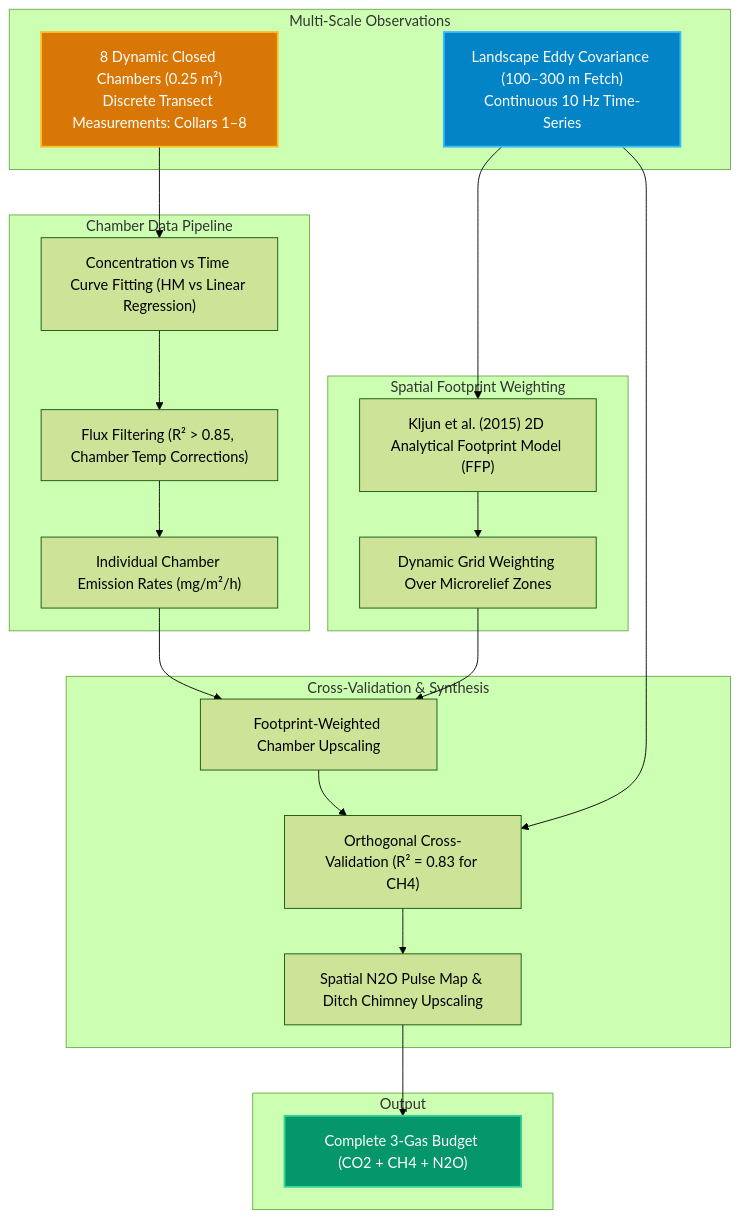
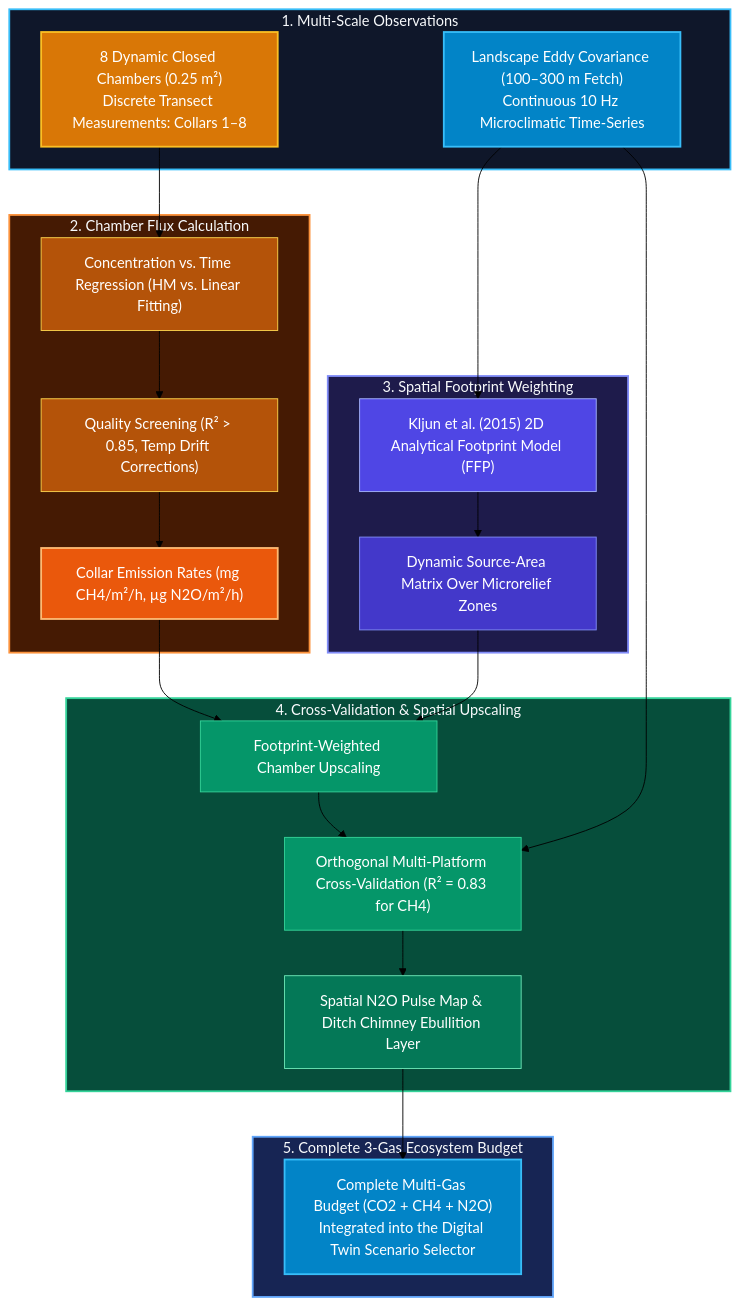
Before and after one commit to danisantanderurrutia-coder/wetland-monitor: the diagram in scripts_hub/mermaid/03_chamber_eddy_integration_pipeline.md, drawn with Mermaid (forest theme). The commit also changed other lines of this file and 11 other files, not shown here.

Commit message:
feat(hub): add twin architecture and data ingestion pipelines, RStudio syntax highlighting, and enhanced Mermaid diagrams

````diff
--- a/scripts_hub/mermaid/03_chamber_eddy_integration_pipeline.md
+++ b/scripts_hub/mermaid/03_chamber_eddy_integration_pipeline.md
@@ -5,32 +5,46 @@
 ```mermaid
 flowchart TD
-    subgraph Multi-Scale Observations
-        EC_Footprint["Landscape Eddy Covariance (100–300 m Fetch)\nContinuous 10 Hz Time-Series"]
+    subgraph Multi_Scale_Sensors ["1. Multi-Scale Observations"]
+        EC_Footprint["Landscape Eddy Covariance (100–300 m Fetch)\nContinuous 10 Hz Microclimatic Time-Series"]
         Chamber_Collars["8 Dynamic Closed Chambers (0.25 m²)\nDiscrete Transect Measurements: Collars 1–8"]
     end
 
-    subgraph Chamber Data Pipeline
-        Chamber_Collars --> SlopeCalc["Concentration vs Time Curve Fitting (HM vs Linear Regression)"]
-        SlopeCalc --> FluxQC["Flux Filtering (R² > 0.85, Chamber Temp Corrections)"]
-        FluxQC --> N2O_CH4_Rates["Individual Chamber Emission Rates (mg/m²/h)"]
+    subgraph Chamber_Data_Pipeline ["2. Chamber Flux Calculation"]
+        Chamber_Collars --> SlopeCalc["Concentration vs. Time Regression (HM vs. Linear Fitting)"]
+        SlopeCalc --> FluxQC["Quality Screening (R² > 0.85, Temp Drift Corrections)"]
+        FluxQC --> N2O_CH4_Rates["Collar Emission Rates (mg CH4/m²/h, µg N2O/m²/h)"]
     end
 
-    subgraph Spatial Footprint Weighting
+    subgraph Footprint_Model ["3. Spatial Footprint Weighting"]
         EC_Footprint --> Kljun["Kljun et al. (2015) 2D Analytical Footprint Model (FFP)"]
-        Kljun --> SpatialWeights["Dynamic Grid Weighting Over Microrelief Zones"]
+        Kljun --> SpatialWeights["Dynamic Source-Area Matrix Over Microrelief Zones"]
     end
 
-    subgraph Cross-Validation & Synthesis
+    subgraph Cross_Validation ["4. Cross-Validation & Spatial Upscaling"]
         N2O_CH4_Rates & SpatialWeights --> FootprintUpscale["Footprint-Weighted Chamber Upscaling"]
-        FootprintUpscale & EC_Footprint --> OrthogonalValidation["Orthogonal Cross-Validation (R² = 0.83 for CH4)"]
-        OrthogonalValidation --> N2O_SpatialLayer["Spatial N2O Pulse Map & Ditch Chimney Upscaling"]
+        FootprintUpscale & EC_Footprint --> OrthogonalValidation["Orthogonal Multi-Platform Cross-Validation (R² = 0.83 for CH4)"]
+        OrthogonalValidation --> N2O_SpatialLayer["Spatial N2O Pulse Map & Ditch Chimney Ebullition Layer"]
     end
 
-    subgraph Output
-        N2O_SpatialLayer --> FullGasSynthesis["Complete 3-Gas Budget (CO2 + CH4 + N2O)"]
+    subgraph Output_Budget ["5. Complete 3-Gas Ecosystem Budget"]
+        N2O_SpatialLayer --> FullGasSynthesis["Complete Multi-Gas Budget (CO2 + CH4 + N2O)\nIntegrated into the Digital Twin Scenario Selector"]
     end
+
+    style Multi_Scale_Sensors fill:#0f172a,stroke:#38bdf8,stroke-width:2px,color:#f8fafc
+    style Chamber_Data_Pipeline fill:#451a03,stroke:#fb923c,stroke-width:2px,color:#f8fafc
+    style Footprint_Model fill:#1e1b4b,stroke:#818cf8,stroke-width:2px,color:#f8fafc
+    style Cross_Validation fill:#064e3b,stroke:#34d399,stroke-width:2px,color:#f8fafc
+    style Output_Budget fill:#172554,stroke:#60a5fa,stroke-width:2px,color:#f8fafc
 
     style EC_Footprint fill:#0284c7,stroke:#38bdf8,stroke-width:2px,color:#ffffff
     style Chamber_Collars fill:#d97706,stroke:#fbbf24,stroke-width:2px,color:#ffffff
-    style FullGasSynthesis fill:#059669,stroke:#34d399,stroke-width:2px,color:#ffffff
+    style SlopeCalc fill:#b45309,stroke:#fcd34d,color:#ffffff
+    style FluxQC fill:#b45309,stroke:#fcd34d,color:#ffffff
+    style N2O_CH4_Rates fill:#ea580c,stroke:#fdba74,stroke-width:2px,color:#ffffff
+    style Kljun fill:#4f46e5,stroke:#a5b4fc,color:#ffffff
+    style SpatialWeights fill:#4338ca,stroke:#818cf8,color:#ffffff
+    style FootprintUpscale fill:#059669,stroke:#34d399,color:#ffffff
+    style OrthogonalValidation fill:#059669,stroke:#34d399,color:#ffffff
+    style N2O_SpatialLayer fill:#047857,stroke:#6ee7b7,color:#ffffff
+    style FullGasSynthesis fill:#0284c7,stroke:#38bdf8,stroke-width:2px,color:#ffffff
 ```
````
